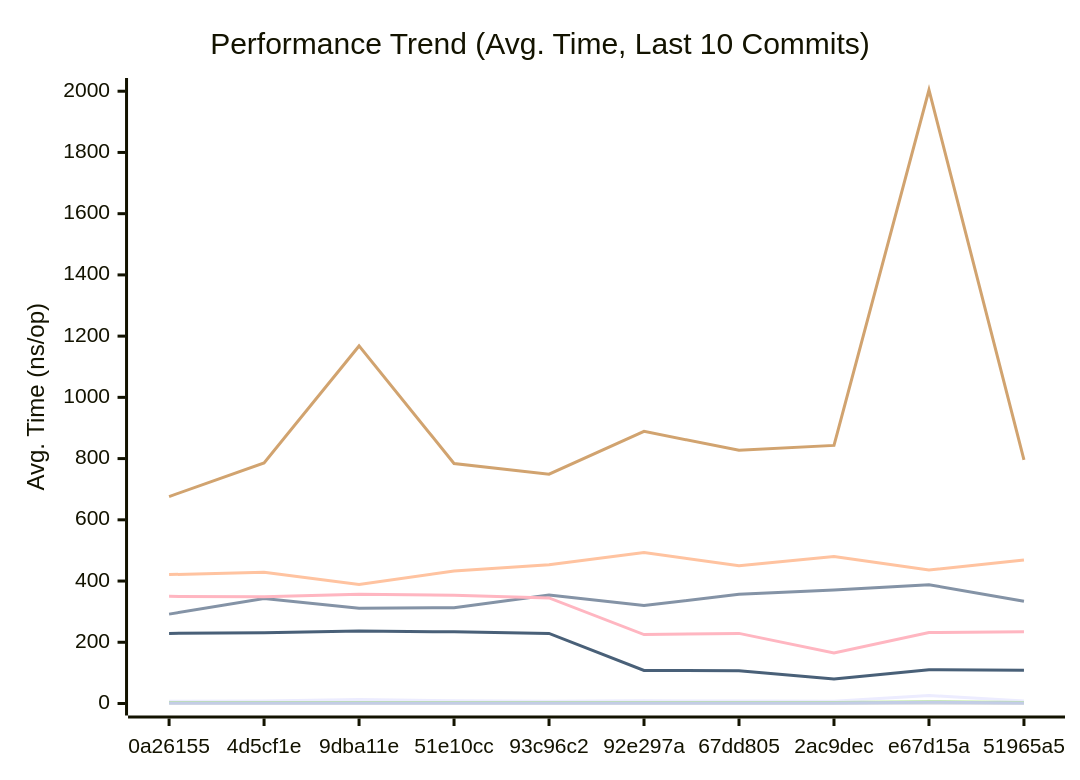
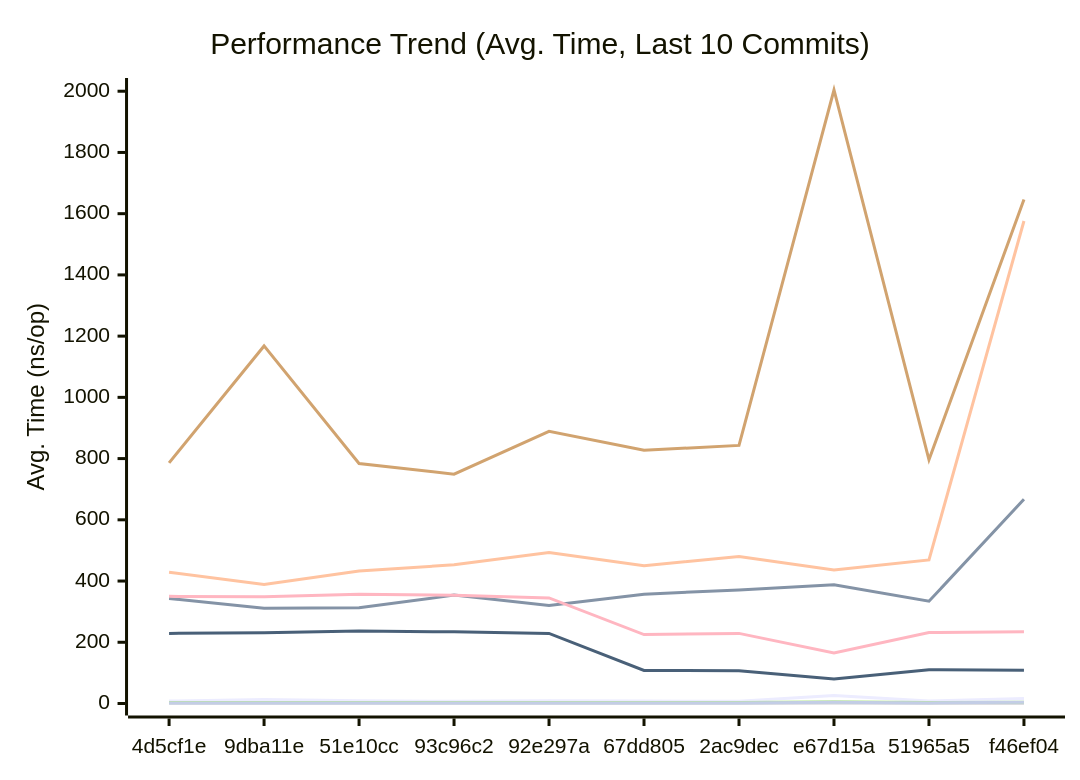
One commit to alsotoes/momo changed the first of 3 diagrams in docs/PERFORMANCE.md. Above: the diagram before and after it, drawn with Mermaid. The commit also changed other lines of this file and 1 other file, not shown here.

````diff
--- a/docs/PERFORMANCE.md
+++ b/docs/PERFORMANCE.md
@@ -80,16 +80,16 @@
 ```mermaid
 xychart-beta
     title "Performance Trend (Avg. Time, Last 10 Commits)"
     x-axis "Commit"
     y-axis "Avg. Time (ns/op)"
-    x-axis [0a26155,4d5cf1e,9dba11e,51e10cc,93c96c2,92e297a,67dd805,2ac9dec,e67d15a,51965a5]
-    line "CheckMetricsAndSwap" [7,8,13,9,7,9,8,7,26,8]
-    line "CrushOptimized" [292,343,311,313,354,320,357,371,388,334]
-    line "CrushOriginal" [421,429,389,433,453,493,450,480,436,469]
-    line "IndexDirectTracking" [0,0,0,0,0,0,0,0,1,0]
-    line "IndexSearch" [3,3,3,3,3,3,3,3,6,3]
-    line "LoadGlobalConfig" [676,786,1168,784,749,889,827,843,2004,796]
-    line "PadString" [2,2,2,2,2,2,2,2,4,2]
+    x-axis [4d5cf1e,9dba11e,51e10cc,93c96c2,92e297a,67dd805,2ac9dec,e67d15a,51965a5,f46ef04]
+    line "CheckMetricsAndSwap" [8,13,9,7,9,8,7,26,8,16]
+    line "CrushOptimized" [343,311,313,354,320,357,371,388,334,667]
+    line "CrushOriginal" [429,389,433,453,493,450,480,436,469,1576]
+    line "IndexDirectTracking" [0,0,0,0,0,0,0,1,0,0]
+    line "IndexSearch" [3,3,3,3,3,3,3,6,3,4]
+    line "LoadGlobalConfig" [786,1168,784,749,889,827,843,2004,796,1646]
+    line "PadString" [2,2,2,2,2,2,2,4,2,4]
     line "ParseReplicationOrder_NoPrealloc" [350,349,357,354,345,225,229,165,232,234]
     line "ParseReplicationOrder_Prealloc" [229,231,237,234,229,108,107,80,110,109]
 ```
````
